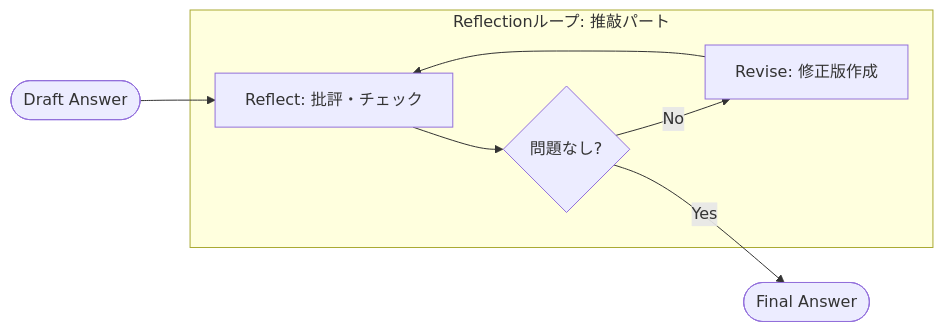
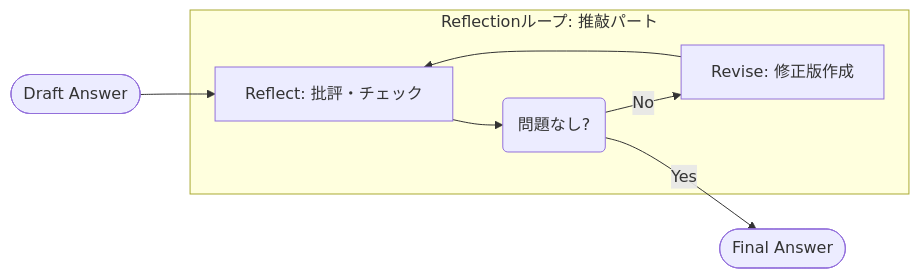
Before and after one commit to nakashima2toshio/gemini_agent_rag: the fifth of 10 diagrams in README.md, drawn with Mermaid. The commit also changed other lines of this file and 45 other files, not shown here.

Commit message:
2025-1213-1 mermaid-error Fix

````diff
--- a/README.md
+++ b/README.md
@@ -563,10 +563,10 @@
 ```mermaid
 flowchart LR
     R_Input([Draft Answer]) --> R_Reflect
-    subgraph Reflection_Loop [Reflectionループ: 推敲パート]
-        R_Reflect[Reflect: 批評・チェック] --> R_Check{"問題なし?"}
-        R_Check -- No --> R_Revise[Revise: 修正版作成]
+    subgraph Reflection_Loop ["Reflectionループ: 推敲パート"]
+        R_Reflect["Reflect: 批評・チェック"] --> R_Check("問題なし?")
+        R_Check -- No --> R_Revise["Revise: 修正版作成"]
         R_Revise --> R_Reflect
     end
     R_Check -- Yes --> R_Output([Final Answer])
 ```
````
